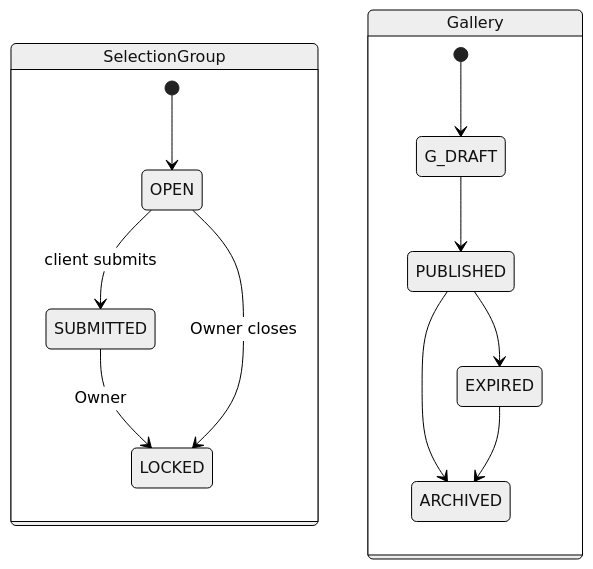
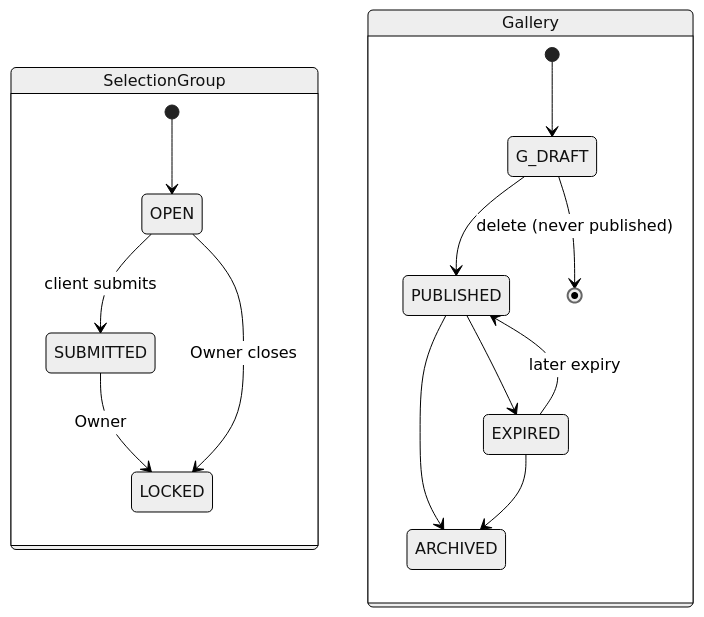
One commit to hardi-dev/shutrly-v0 changed the third of 4 diagrams in docs/domain/domain-model.md. Above: the diagram before and after it, drawn with Mermaid (neutral theme). The commit also changed 4 other files, not shown here.

````diff
--- a/docs/domain/domain-model.md
+++ b/docs/domain/domain-model.md
@@ -102,16 +102,18 @@
 ```mermaid
 stateDiagram-v2
     state SelectionGroup {
       [*] --> OPEN
       OPEN --> SUBMITTED : client submits
       SUBMITTED --> LOCKED : Owner
       OPEN --> LOCKED : Owner closes
     }
     state Gallery {
       [*] --> G_DRAFT
       G_DRAFT --> PUBLISHED
       PUBLISHED --> EXPIRED
       PUBLISHED --> ARCHIVED
+      EXPIRED --> PUBLISHED : later expiry
       EXPIRED --> ARCHIVED
+      G_DRAFT --> [*] : delete (never published)
     }
 ```
````
